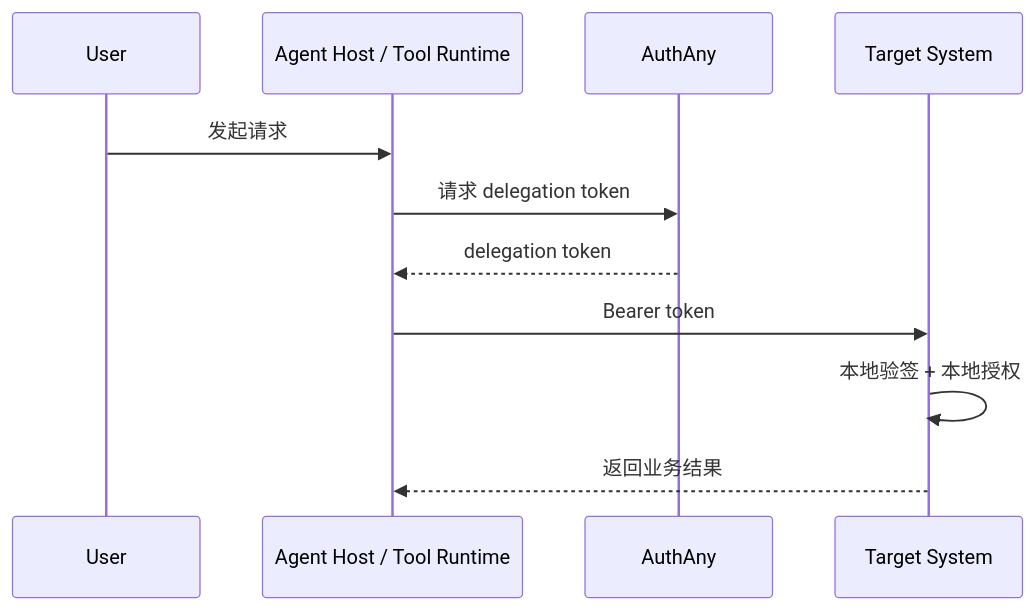
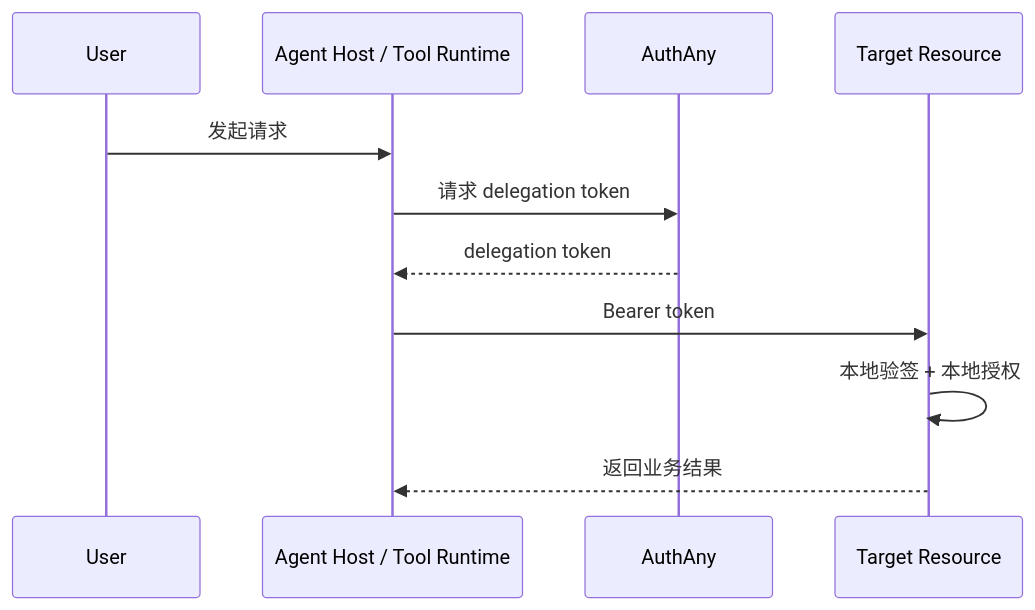
Before and after one commit to renxqoo/Authany: the first of 2 diagrams in demand/10-module-ebfx.md, drawn with Mermaid. The commit also changed other lines of this file and 310 other files, not shown here.

Commit message:
feat: harden security flows and reorganize example apps

````diff
--- a/demand/10-module-ebfx.md
+++ b/demand/10-module-ebfx.md
@@ -76,14 +76,14 @@
 ```mermaid
 sequenceDiagram
     participant U as User
     participant R as Agent Host / Tool Runtime
     participant A as AuthAny
-    participant T as Target System
+    participant T as Target Resource
 
     U->>R: 发起请求
     R->>A: 请求 delegation token
     A-->>R: delegation token
     R->>T: Bearer token
     T->>T: 本地验签 + 本地授权
     T-->>R: 返回业务结果
 ```
````
